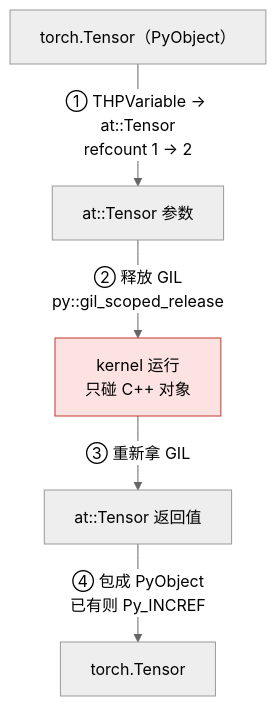
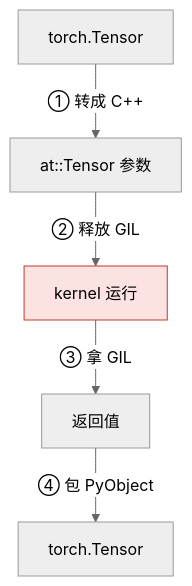
The third of 3 diagrams in slides/2026-02-15-cpp-for-ai-infra.md (arganzheng/arganzheng.github.com), drawn with Mermaid (neutral theme) before and after one commit. The commit also changed other lines of this file, not shown here.

Commit message:
slides/cpp-for-ai-infra: cut/shorten mermaid diagrams below 14px rendered text (check-render smalltext/overlap)

````diff
--- a/slides/2026-02-15-cpp-for-ai-infra.md
+++ b/slides/2026-02-15-cpp-for-ai-infra.md
@@ -203,10 +203,10 @@
 ```mermaid
 %%{init: {"flowchart": {"wrappingWidth": 360}}}%%
 flowchart TB
-    PY["torch.Tensor（PyObject）"] -- "① THPVariable → at::Tensor<br/>refcount 1 → 2" --> CPP["at::Tensor 参数"]
-    CPP -- "② 释放 GIL<br/>py::gil_scoped_release" --> K["kernel 运行<br/>只碰 C++ 对象"]
-    K -- "③ 重新拿 GIL" --> OUT["at::Tensor 返回值"]
-    OUT -- "④ 包成 PyObject<br/>已有则 Py_INCREF" --> PY2["torch.Tensor"]
+    PY["torch.Tensor"] -- "① 转成 C++" --> CPP["at::Tensor 参数"]
+    CPP -- "② 释放 GIL" --> K["kernel 运行"]
+    K -- "③ 拿 GIL" --> OUT["返回值"]
+    OUT -- "④ 包 PyObject" --> PY2["torch.Tensor"]
     classDef gil fill:#fde2e2,stroke:#c0392b
     class K gil
 ```
````
